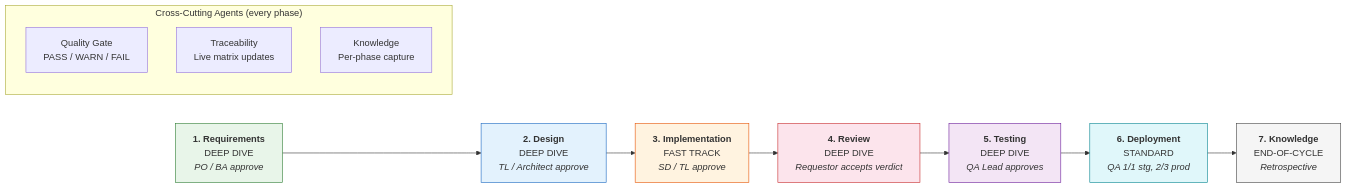
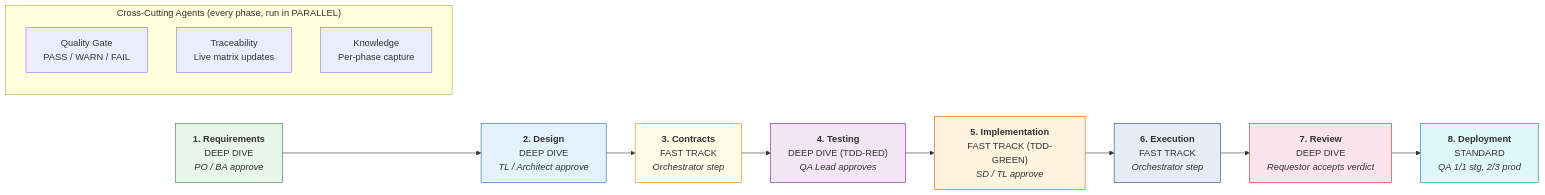
One commit to baodq97/open-plugin changed the first of 2 diagrams in plugins/vbounce/skills/vbounce/references/workflows-by-role.md. Above: the diagram before and after it, drawn with Mermaid. The commit also changed other lines of this file, not shown here.

````diff
--- a/plugins/vbounce/skills/vbounce/references/workflows-by-role.md
+++ b/plugins/vbounce/skills/vbounce/references/workflows-by-role.md
@@ -15,26 +15,28 @@
 ```mermaid
 flowchart LR
     REQ["<b>1. Requirements</b><br/>DEEP DIVE<br/><i>PO / BA approve</i>"]
     DES["<b>2. Design</b><br/>DEEP DIVE<br/><i>TL / Architect approve</i>"]
-    IMP["<b>3. Implementation</b><br/>FAST TRACK<br/><i>SD / TL approve</i>"]
-    REV["<b>4. Review</b><br/>DEEP DIVE<br/><i>Requestor accepts verdict</i>"]
-    TST["<b>5. Testing</b><br/>DEEP DIVE<br/><i>QA Lead approves</i>"]
-    DEP["<b>6. Deployment</b><br/>STANDARD<br/><i>QA 1/1 stg, 2/3 prod</i>"]
-    KNO["<b>7. Knowledge</b><br/>END-OF-CYCLE<br/><i>Retrospective</i>"]
+    CON["<b>3. Contracts</b><br/>FAST TRACK<br/><i>Orchestrator step</i>"]
+    TST["<b>4. Testing</b><br/>DEEP DIVE (TDD-RED)<br/><i>QA Lead approves</i>"]
+    IMP["<b>5. Implementation</b><br/>FAST TRACK (TDD-GREEN)<br/><i>SD / TL approve</i>"]
+    EXE["<b>6. Execution</b><br/>FAST TRACK<br/><i>Orchestrator step</i>"]
+    REV["<b>7. Review</b><br/>DEEP DIVE<br/><i>Requestor accepts verdict</i>"]
+    DEP["<b>8. Deployment</b><br/>STANDARD<br/><i>QA 1/1 stg, 2/3 prod</i>"]
 
-    REQ --> DES --> IMP --> REV --> TST --> DEP --> KNO
+    REQ --> DES --> CON --> TST --> IMP --> EXE --> REV --> DEP
 
-    subgraph "Cross-Cutting Agents (every phase)"
+    subgraph "Cross-Cutting Agents (every phase, run in PARALLEL)"
         QG["Quality Gate<br/>PASS / WARN / FAIL"]
         TR["Traceability<br/>Live matrix updates"]
         KC["Knowledge<br/>Per-phase capture"]
     end
 
     style REQ fill:#e8f5e9,stroke:#2e7d32
     style DES fill:#e3f2fd,stroke:#1565c0
+    style CON fill:#fffde7,stroke:#f57f17
+    style TST fill:#f3e5f5,stroke:#6a1b9a
     style IMP fill:#fff3e0,stroke:#e65100
+    style EXE fill:#e8eaf6,stroke:#283593
     style REV fill:#fce4ec,stroke:#c62828
-    style TST fill:#f3e5f5,stroke:#6a1b9a
     style DEP fill:#e0f7fa,stroke:#00838f
-    style KNO fill:#f5f5f5,stroke:#424242
 ```
````
